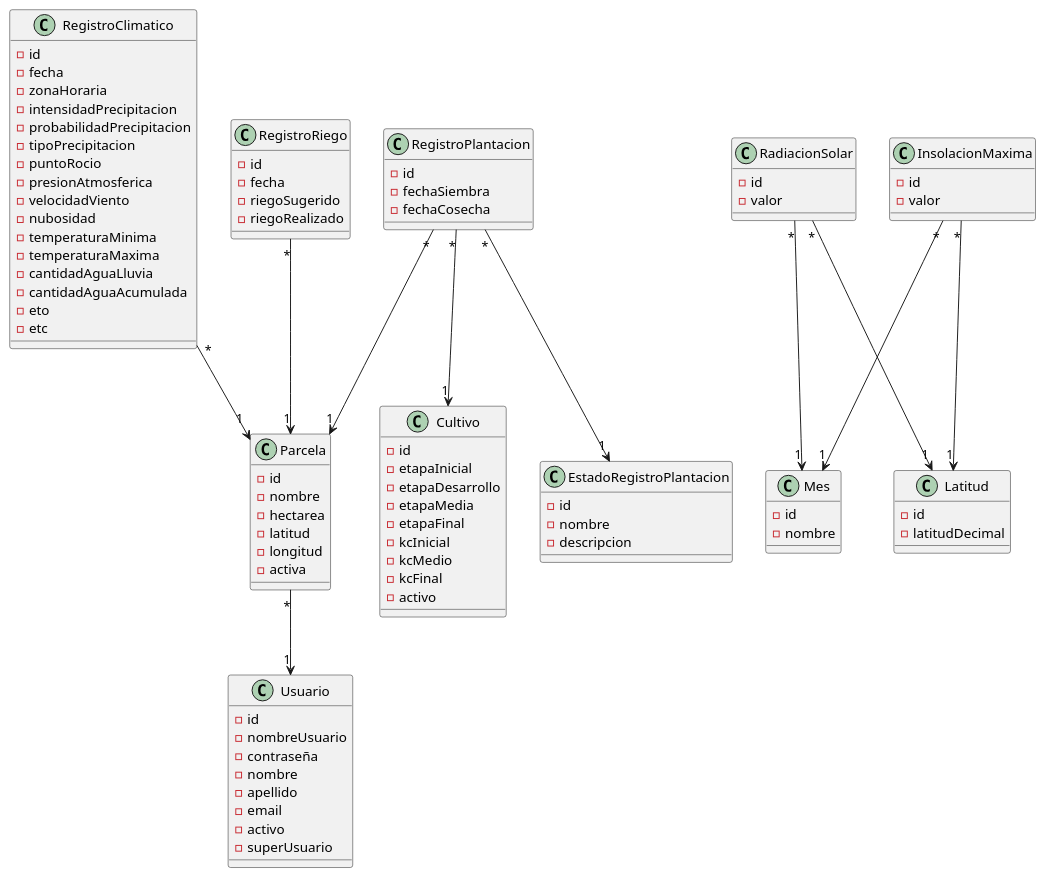
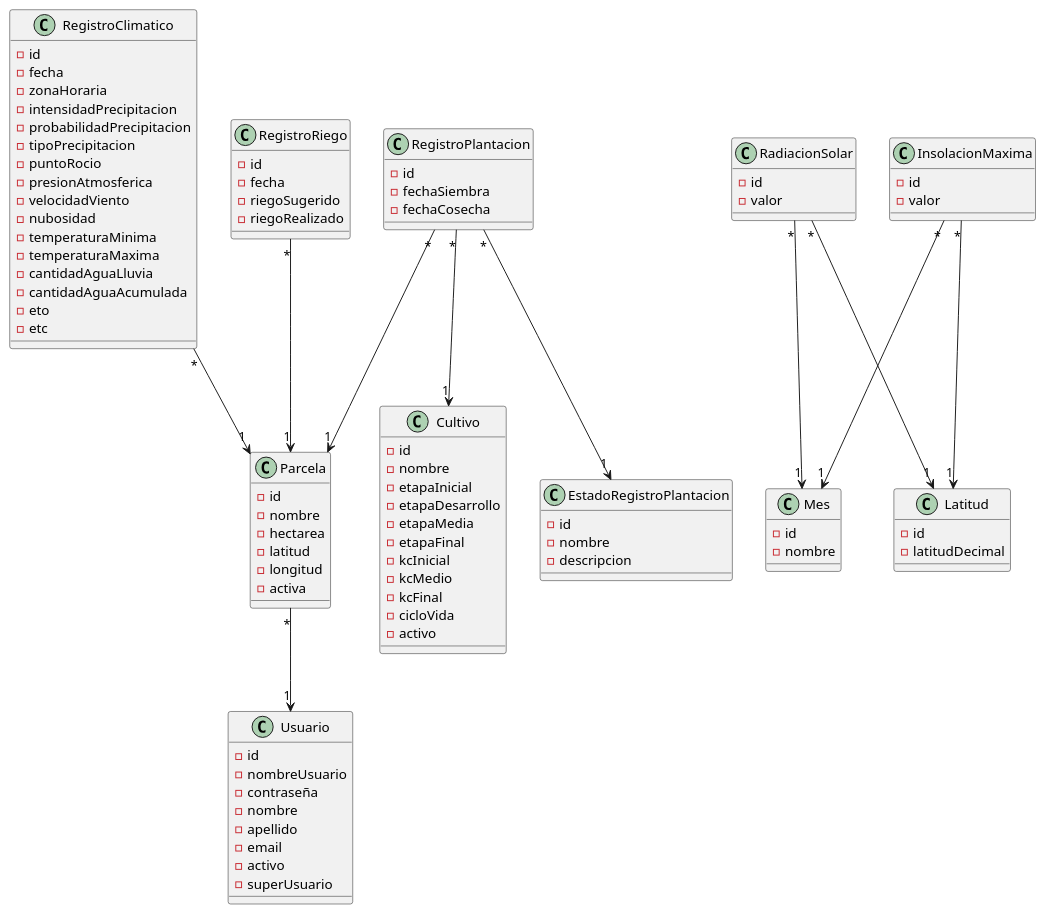
The diagram in domain model/Modelo de dominio.pu (facundopaez-dev/sistema-web-riego), drawn with PlantUML before and after one commit. The commit also changed 1 other file, not shown here.

Commit message:
Atributos nombre y cicloVida agregados a la entidad Cultivo, modelo de dominio

```diff
--- a/domain model/Modelo de dominio.pu
+++ b/domain model/Modelo de dominio.pu
@@ -1,104 +1,106 @@
 @startuml
 
 Parcela "*"-->"1" Usuario
 RegistroClimatico "*"-->"1" Parcela
 RegistroRiego "*"-->"1" Parcela
 RegistroPlantacion "*"-->"1" Parcela
 RegistroPlantacion "*"-->"1" Cultivo
 RegistroPlantacion "*"-->"1" EstadoRegistroPlantacion
 RadiacionSolar "*"-->"1" Mes
 RadiacionSolar "*"-->"1" Latitud
 InsolacionMaxima "*"-->"1" Mes
 InsolacionMaxima "*"-->"1" Latitud
 
 class Parcela {
 -id
 -nombre
 -hectarea
 -latitud
 -longitud
 -activa
 }
 
 class Cultivo {
 -id
+-nombre
 -etapaInicial
 -etapaDesarrollo
 -etapaMedia
 -etapaFinal
 -kcInicial
 -kcMedio
 -kcFinal
+-cicloVida
 -activo
 }
 
 class RegistroClimatico {
 -id
 -fecha
 -zonaHoraria
 -intensidadPrecipitacion
 -probabilidadPrecipitacion
 -tipoPrecipitacion
 -puntoRocio
 -presionAtmosferica
 -velocidadViento
 -nubosidad
 -temperaturaMinima
 -temperaturaMaxima
 -cantidadAguaLluvia
 -cantidadAguaAcumulada
 -eto
 -etc
 }
 
 class RegistroPlantacion {
 -id
 -fechaSiembra
 -fechaCosecha
 }
 
 class RegistroRiego {
 -id
 -fecha
 -riegoSugerido
 -riegoRealizado
 }
 
 class Usuario {
 -id
 -nombreUsuario
 -contraseña
 -nombre
 -apellido
 -email
 -activo
 -superUsuario
 }
 
 class EstadoRegistroPlantacion {
 -id
 -nombre
 -descripcion
 }
 
 class Mes {
 -id
 -nombre
 }
 
 class Latitud {
 -id
 -latitudDecimal
 }
 
 class RadiacionSolar {
 -id
 -valor
 }
 
 class InsolacionMaxima {
 -id
 -valor
 }
 
 @enduml
```
